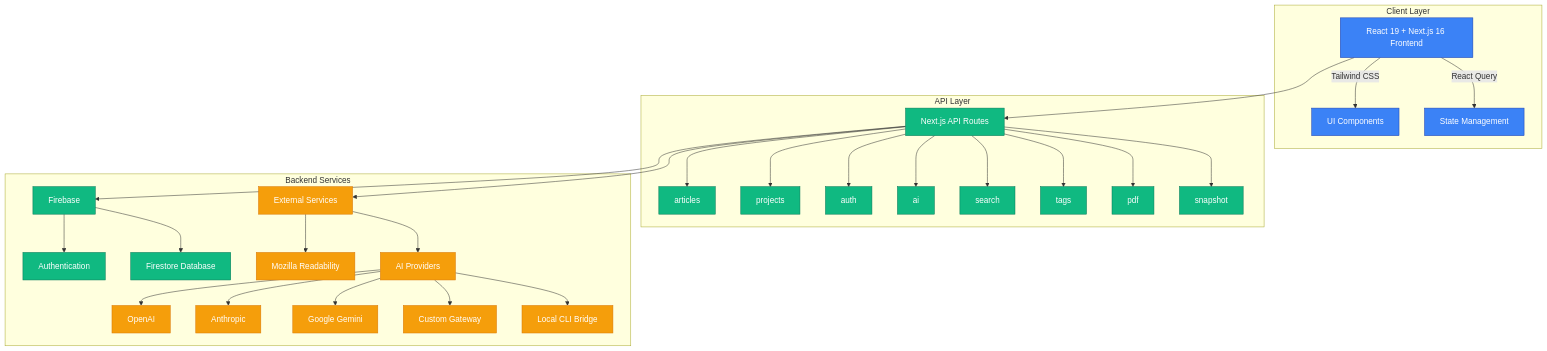
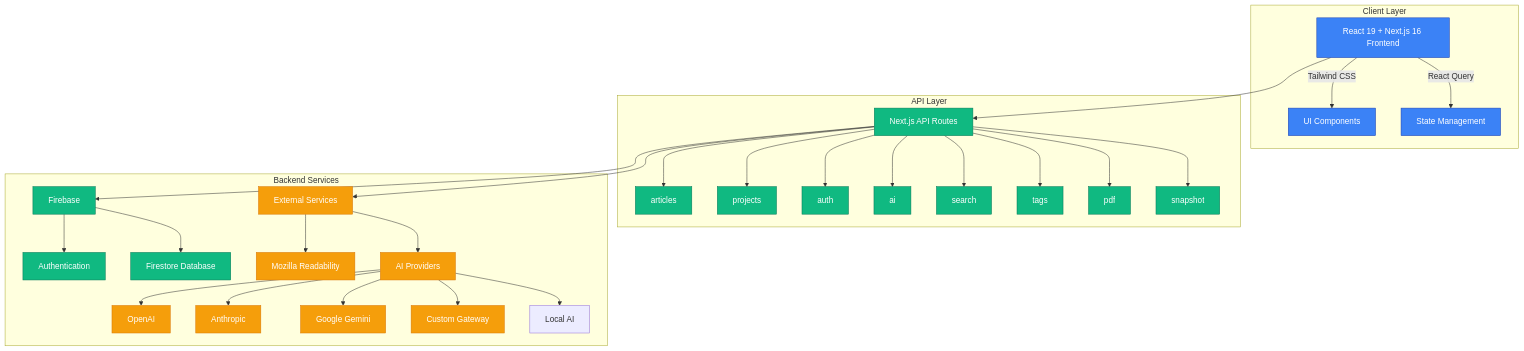
Before and after one commit to Significant-Hobbies/reader: the diagram in README.md, drawn with Mermaid. The commit also changed other lines of this file and 16 other files, not shown here.

````diff
--- a/README.md
+++ b/README.md
@@ -45,47 +45,47 @@
 ```mermaid
 graph TB
     subgraph "Client Layer"
         UI[React 19 + Next.js 16 Frontend]
         UI --> |Tailwind CSS| Styling[UI Components]
         UI --> |React Query| State[State Management]
     end
 
     subgraph "API Layer"
         API["Next.js API Routes"]
         API --> Articles["articles"]
         API --> Projects["projects"]
         API --> Auth["auth"]
         API --> AI["ai"]
         API --> Search["search"]
         API --> Tags["tags"]
         API --> PDF["pdf"]
         API --> Snapshot["snapshot"]
     end
 
     subgraph "Backend Services"
         Firebase[Firebase]
         Firebase --> FireAuth[Authentication]
         Firebase --> Firestore[Firestore Database]
 
         External[External Services]
         External --> Readability[Mozilla Readability]
         External --> AIProviders[AI Providers]
         AIProviders --> OpenAI[OpenAI]
         AIProviders --> Anthropic[Anthropic]
         AIProviders --> Gemini[Google Gemini]
         AIProviders --> Gateway[Custom Gateway]
-        AIProviders --> CLIBridge[Local CLI Bridge]
+        AIProviders --> LocalAI[Local AI]
     end
 
     UI --> API
     API --> Firebase
     API --> External
 
     classDef frontend fill:#3b82f6,stroke:#1e40af,color:#fff
     classDef backend fill:#10b981,stroke:#047857,color:#fff
     classDef external fill:#f59e0b,stroke:#d97706,color:#fff
 
     class UI,Styling,State frontend
     class API,Articles,Projects,Auth,AI,Search,Tags,PDF,Snapshot,Firebase,FireAuth,Firestore backend
     class External,Readability,AIProviders,OpenAI,Anthropic,Gemini,Gateway,CLIBridge external
 ```
````
